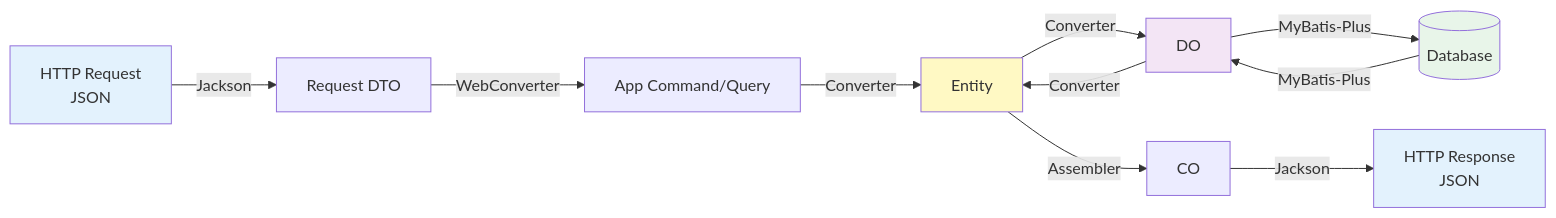
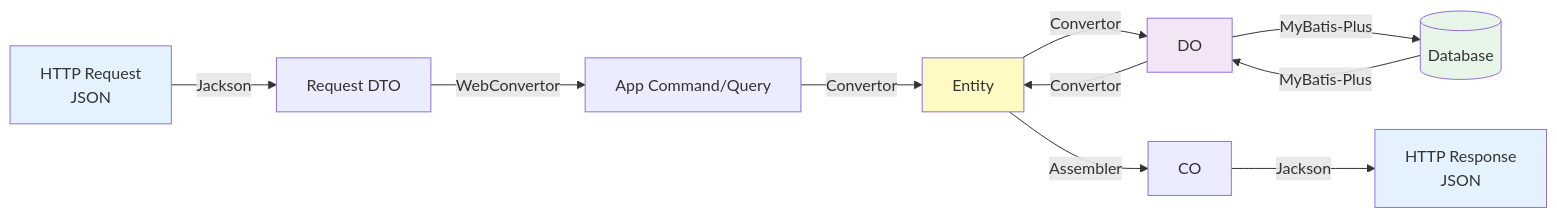
Before and after one commit to Yggdrasil-Labs/midgard-backend-template: the second of 2 diagrams in README.md, drawn with Mermaid. The commit also changed other lines of this file and 144 other files, not shown here.

````diff
--- a/README.md
+++ b/README.md
@@ -128,19 +128,19 @@
 ```mermaid
 flowchart LR
     A[HTTP Request<br/>JSON] -->|Jackson| B[Request DTO]
-    B -->|WebConverter| C[App Command/Query]
-    C -->|Converter| D[Entity]
-    D -->|Converter| E[DO]
+    B -->|WebConvertor| C[App Command/Query]
+    C -->|Convertor| D[Entity]
+    D -->|Convertor| E[DO]
     E -->|MyBatis-Plus| F[(Database)]
     
     F -->|MyBatis-Plus| E
-    E -->|Converter| D
+    E -->|Convertor| D
     D -->|Assembler| G[CO]
     G -->|Jackson| H[HTTP Response<br/>JSON]
     
     style A fill:#e3f2fd
     style H fill:#e3f2fd
     style D fill:#fff9c4
     style E fill:#f3e5f5
     style F fill:#e8f5e9
 ```
````
